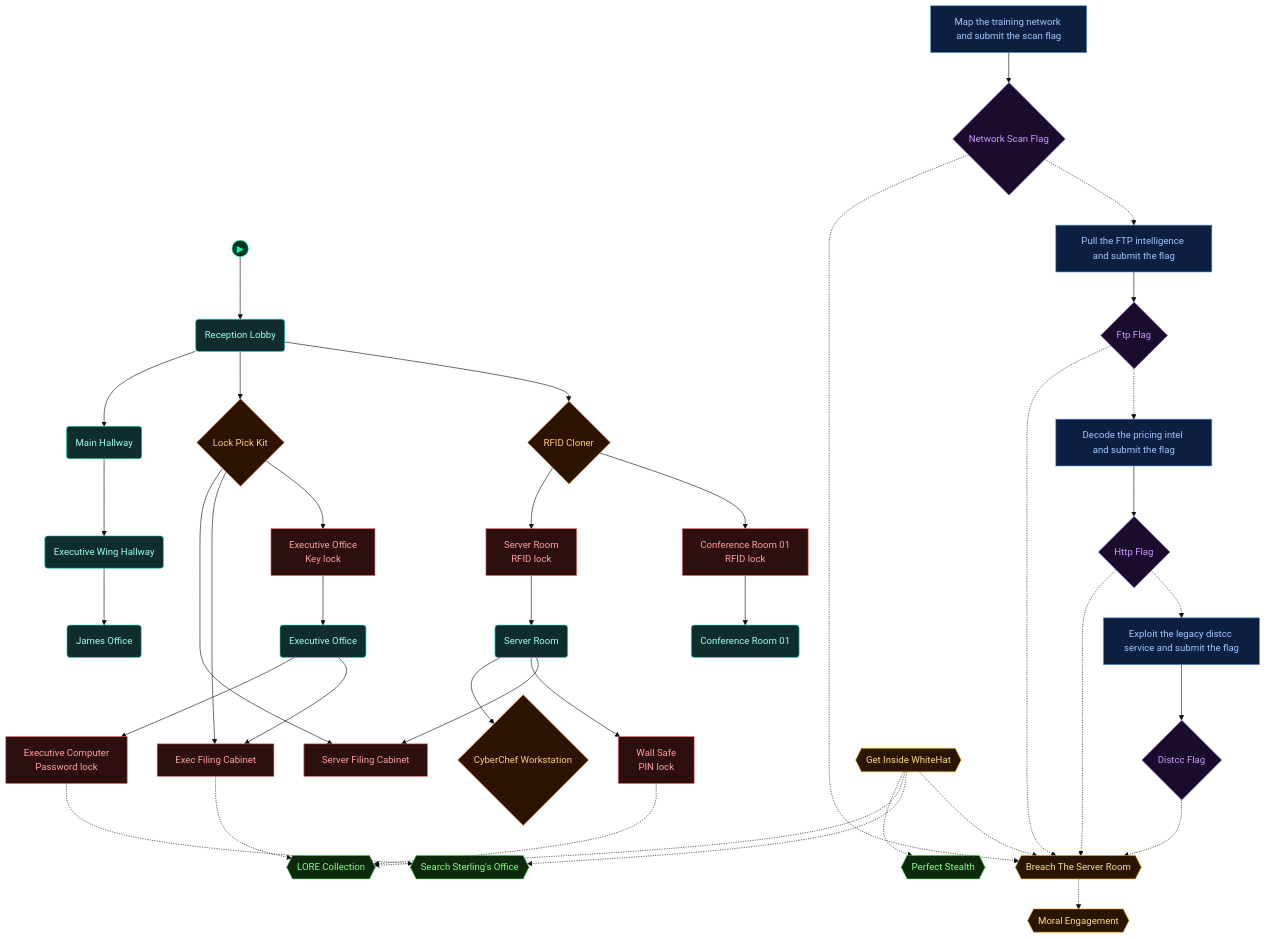
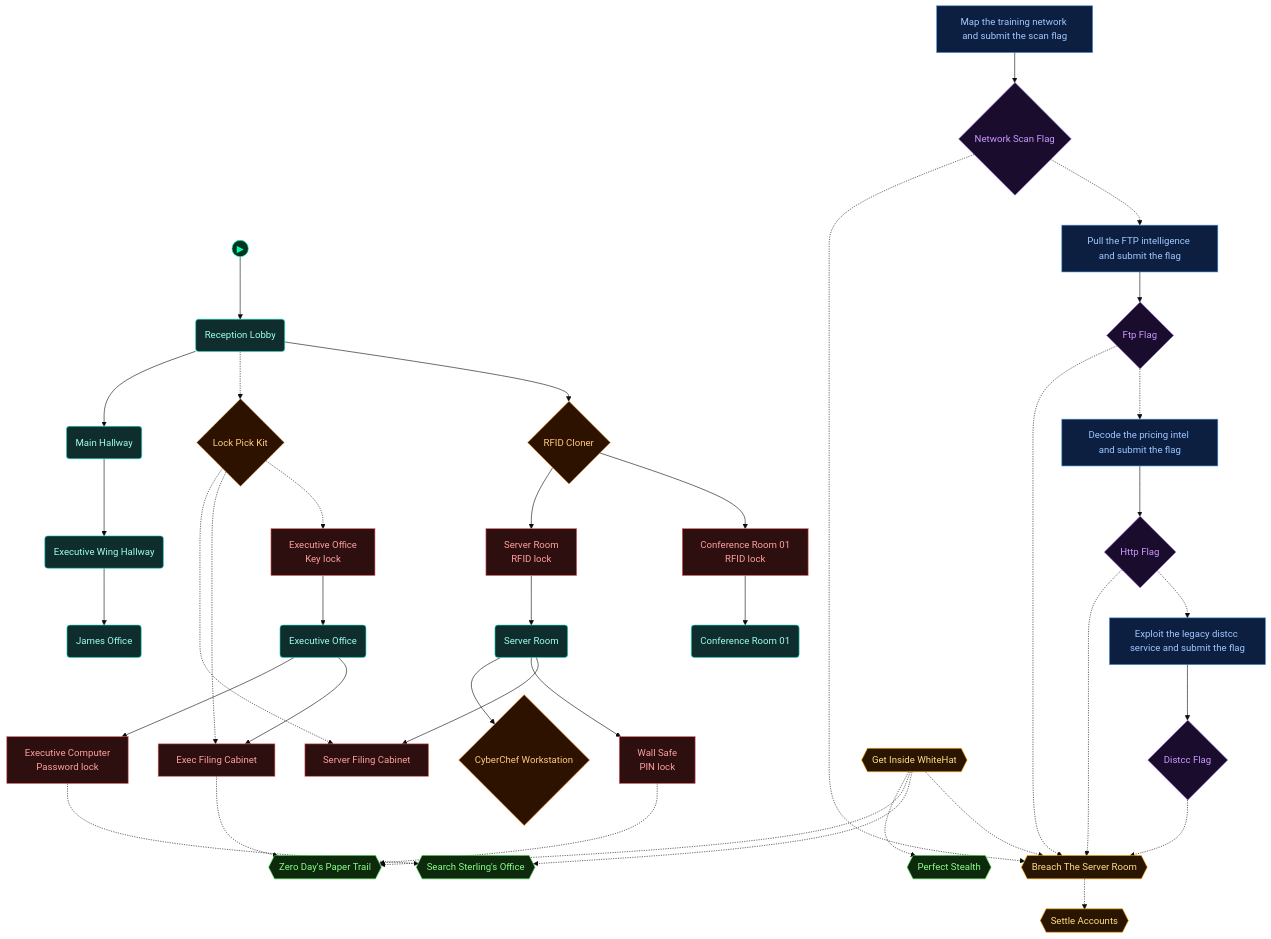
Before and after one commit to cliffe/BreakEscape: the third of 5 diagrams in scenarios/m03_ghost_in_the_machine/dungeon_graph.md, drawn with Mermaid (base theme). The commit also changed other lines of this file and 19 other files, not shown here.

````diff
--- a/scenarios/m03_ghost_in_the_machine/dungeon_graph.md
+++ b/scenarios/m03_ghost_in_the_machine/dungeon_graph.md
@@ -221,9 +224,9 @@
   aim_act1_gain_access{{"Get Inside WhiteHat"}}
   aim_act2_breach_server_room{{"Breach The Server Room"}}
   aim_search_executive_office{{"Search Sterling's Office"}}
-  aim_collect_lore{{"LORE Collection"}}
+  aim_collect_lore{{"Zero Day's Paper Trail"}}
   aim_perfect_stealth{{"Perfect Stealth"}}
-  aim_moral_choices{{"Moral Engagement"}}
+  aim_moral_choices{{"Settle Accounts"}}
 
   door_conference_room_01 --> conference_room_01
   door_server_room --> server_room
@@ -231,10 +234,10 @@
   reception_lobby --> rfid_cloner
   rfid_cloner --> door_conference_room_01
   rfid_cloner --> door_server_room
-  reception_lobby --> lock_pick_kit
-  lock_pick_kit --> door_executive_office
-  lock_pick_kit --> lock_exec_filing_cabinet
-  lock_pick_kit --> lock_server_filing_cabinet
+  reception_lobby -.-> lock_pick_kit
+  lock_pick_kit -.-> door_executive_office
+  lock_pick_kit -.-> lock_exec_filing_cabinet
+  lock_pick_kit -.-> lock_server_filing_cabinet
   server_room --> lock_server_filing_cabinet
   server_room --> lock_wall_safe_server
   server_room --> cyberchef_workstation
@@ -270,5 +273,8 @@
   class vmfl_submit_network_scan_flag,vmfl_submit_ftp_flag,vmfl_submit_http_flag,vmfl_submit_distcc_flag flag
   class aim_act1_gain_access,aim_act2_breach_server_room,aim_moral_choices critical
   class aim_search_executive_office,aim_collect_lore,aim_perfect_stealth aim
+
+  classDef optional stroke-dasharray:5 2
+  class lock_pick_kit optional
   class node_start start
 ```
````
